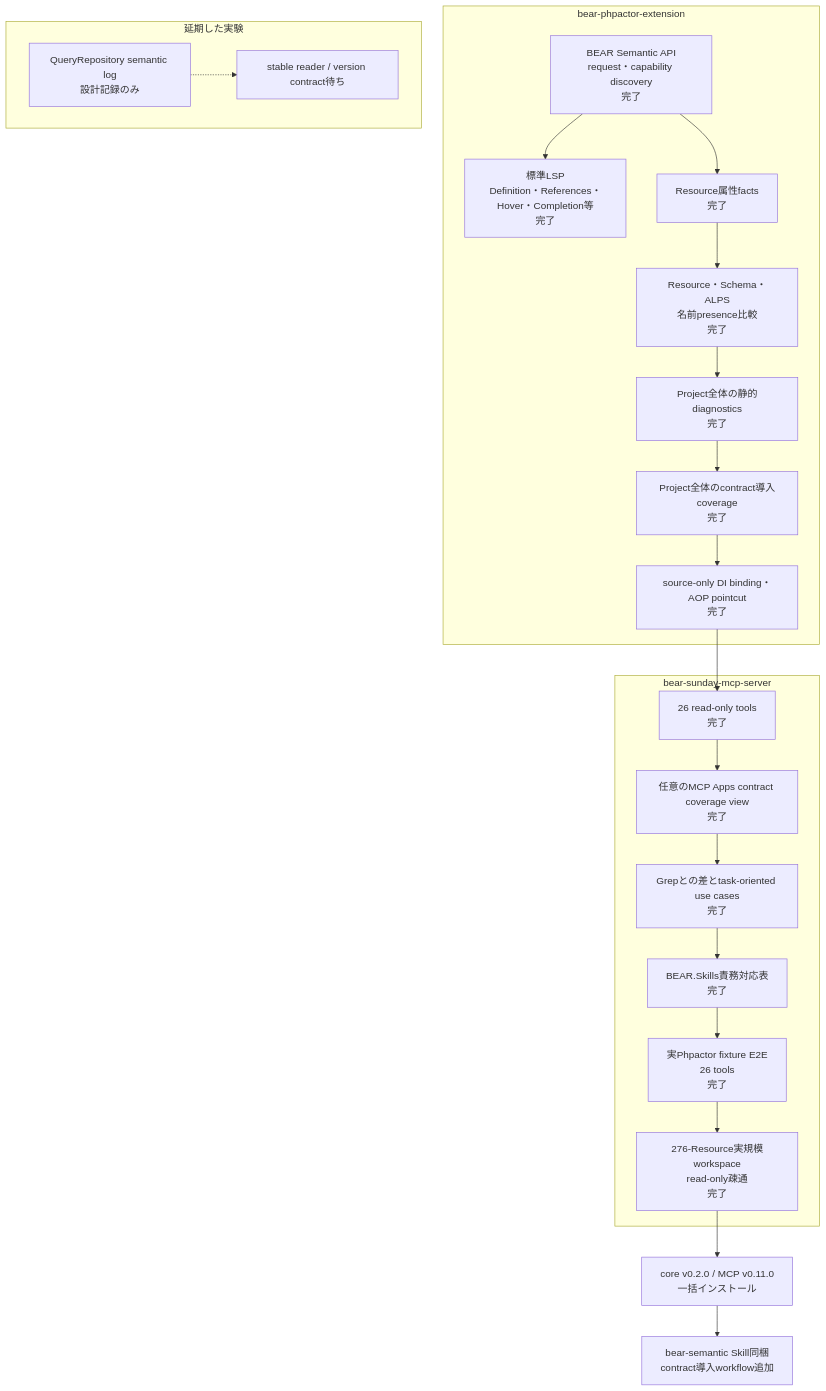
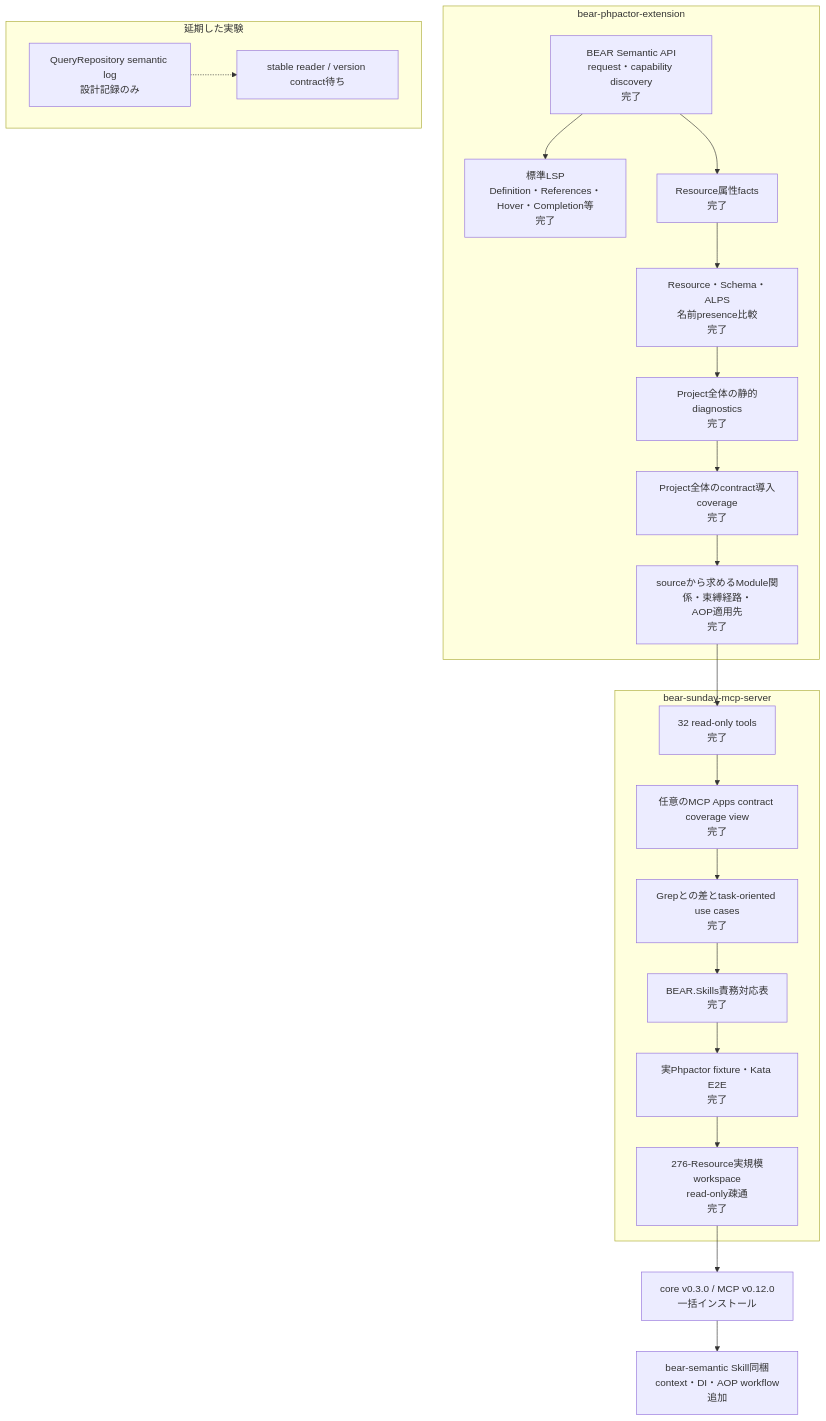
One commit to suzumaze/bear-sunday-mcp-server changed the diagram in docs/project-status.ja.md. Above: the diagram before and after it, drawn with Mermaid. The commit also changed other lines of this file and 11 other files, not shown here.

Commit message:
docs: prepare MCP context inspection release

````diff
--- a/docs/project-status.ja.md
+++ b/docs/project-status.ja.md
@@ -8,35 +8,35 @@
 ```mermaid
 flowchart TB
     subgraph Core["bear-phpactor-extension"]
         C1["BEAR Semantic API<br/>request・capability discovery<br/>完了"]
         C2["標準LSP<br/>Definition・References・Hover・Completion等<br/>完了"]
         C3["Resource属性facts<br/>完了"]
         C4["Resource・Schema・ALPS<br/>名前presence比較<br/>完了"]
         C5["Project全体の静的diagnostics<br/>完了"]
         C6["Project全体のcontract導入coverage<br/>完了"]
-        C7["source-only DI binding・AOP pointcut<br/>完了"]
+        C7["sourceから求めるModule関係・束縛経路・<br/>AOP適用先<br/>完了"]
         C1 --> C2
         C1 --> C3 --> C4 --> C5 --> C6 --> C7
     end
 
     subgraph MCP["bear-sunday-mcp-server"]
-        M1["26 read-only tools<br/>完了"]
+        M1["32 read-only tools<br/>完了"]
         M0["任意のMCP Apps contract coverage view<br/>完了"]
         M2["Grepとの差とtask-oriented use cases<br/>完了"]
         M3["BEAR.Skills責務対応表<br/>完了"]
-        M4["実Phpactor fixture E2E<br/>26 tools<br/>完了"]
+        M4["実Phpactor fixture・Kata E2E<br/>完了"]
         M5["276-Resource実規模workspace<br/>read-only疎通<br/>完了"]
         M1 --> M0 --> M2 --> M3 --> M4 --> M5
     end
 
     C7 --> M1
 
     subgraph Deferred["延期した実験"]
         D1["QueryRepository semantic log<br/>設計記録のみ"]
         D2["stable reader / version contract待ち"]
         D1 -.-> D2
     end
 
-    M5 --> R1["core v0.2.0 / MCP v0.11.0<br/>一括インストール"]
-    R1 --> S1["bear-semantic Skill同梱<br/>contract導入workflow追加"]
+    M5 --> R1["core v0.3.0 / MCP v0.12.0<br/>一括インストール"]
+    R1 --> S1["bear-semantic Skill同梱<br/>context・DI・AOP workflow追加"]
 ```
````
